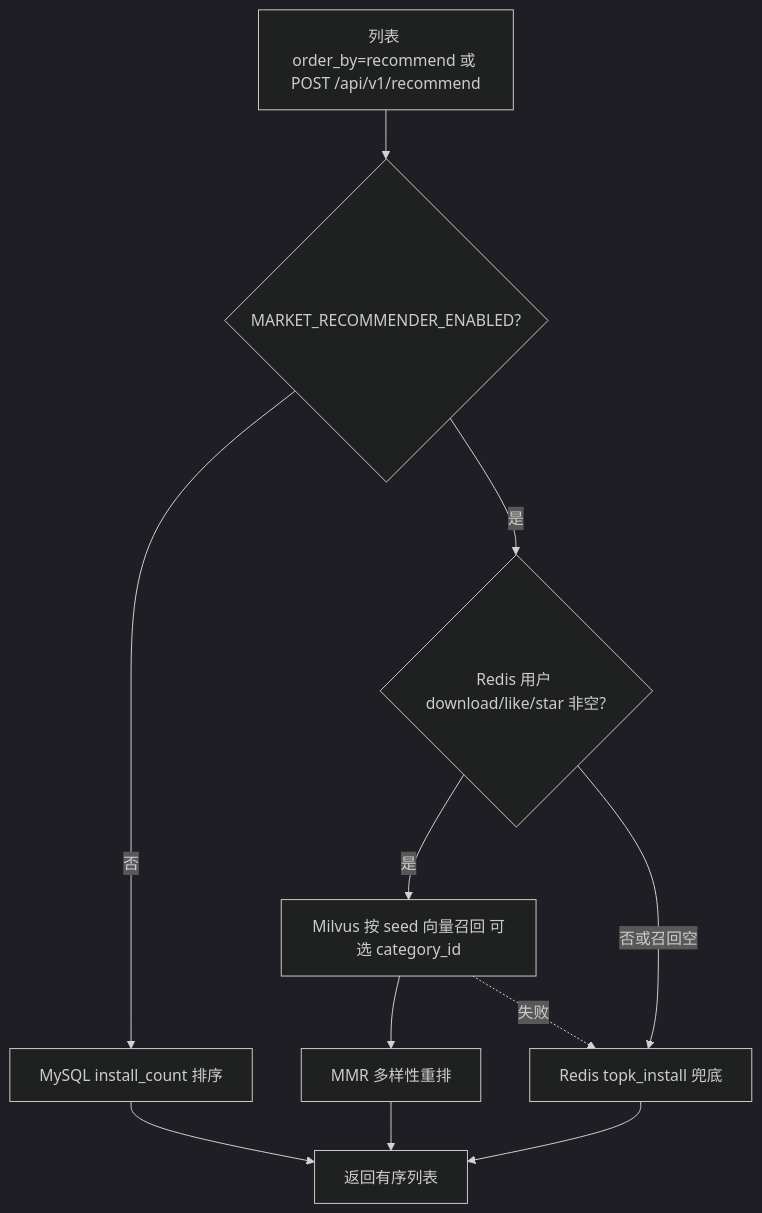
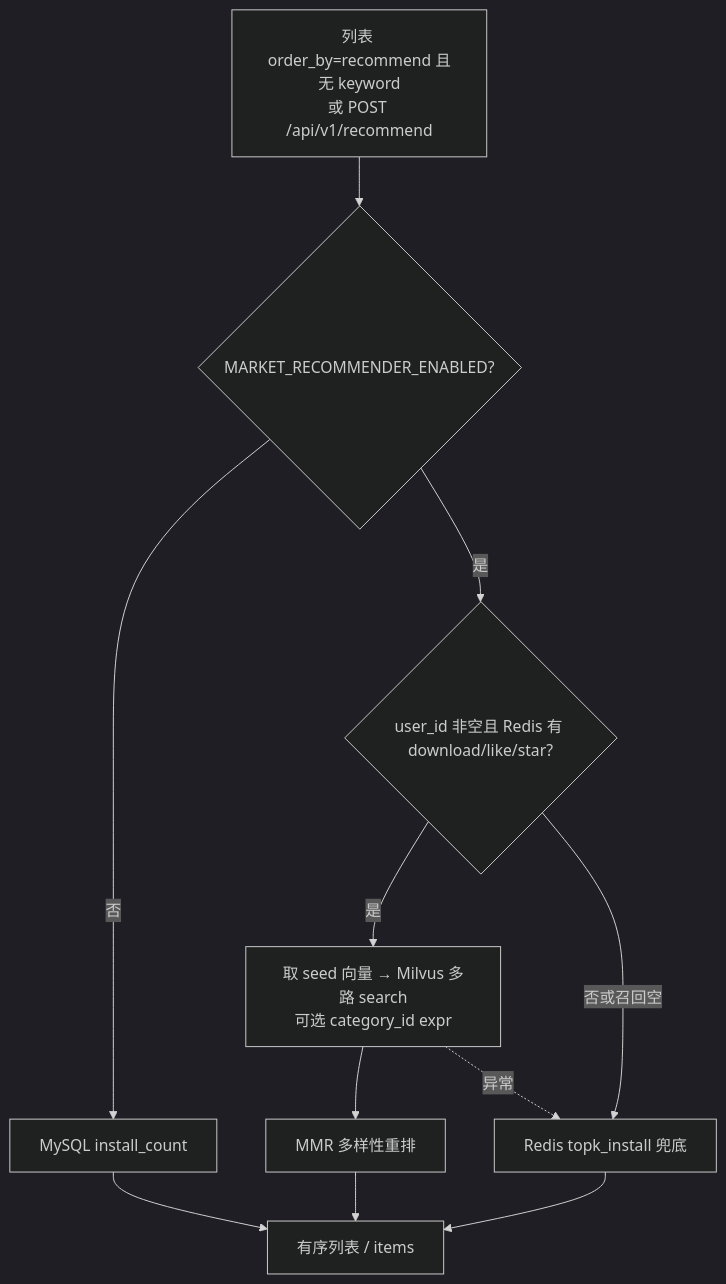
The second of 2 diagrams in docs/zh/5. 开发指南/推荐系统/README.md (huihui200739/skillhub), drawn with Mermaid (dark theme) before and after one commit. The commit also changed other lines of this file and 5 other files, not shown here.

````diff
--- a/docs/zh/5. 开发指南/推荐系统/README.md
+++ b/docs/zh/5. 开发指南/推荐系统/README.md
@@ -19,18 +187,18 @@
 ```mermaid
 flowchart TD
-  req[列表 order_by=recommend 或 POST /api/v1/recommend]
+  req[列表 order_by=recommend 且无 keyword<br/>或 POST /api/v1/recommend]
   enabled{MARKET_RECOMMENDER_ENABLED?}
-  hist{Redis 用户 download/like/star 非空?}
-  milvus[Milvus 按 seed 向量召回 可选 category_id]
+  hist{user_id 非空且 Redis 有 download/like/star?}
+  milvus[取 seed 向量 → Milvus 多路 search<br/>可选 category_id expr]
   mmr[MMR 多样性重排]
   topk[Redis topk_install 兜底]
-  mysql[MySQL install_count 排序]
-  resp[返回有序列表]
+  mysql[MySQL install_count]
+  resp[有序列表 / items]
 
   req --> enabled
   enabled -->|否| mysql --> resp
   enabled -->|是| hist
   hist -->|是| milvus --> mmr --> resp
   hist -->|否或召回空| topk --> resp
-  milvus -.->|失败| topk
+  milvus -.->|异常| topk
 ```
````
